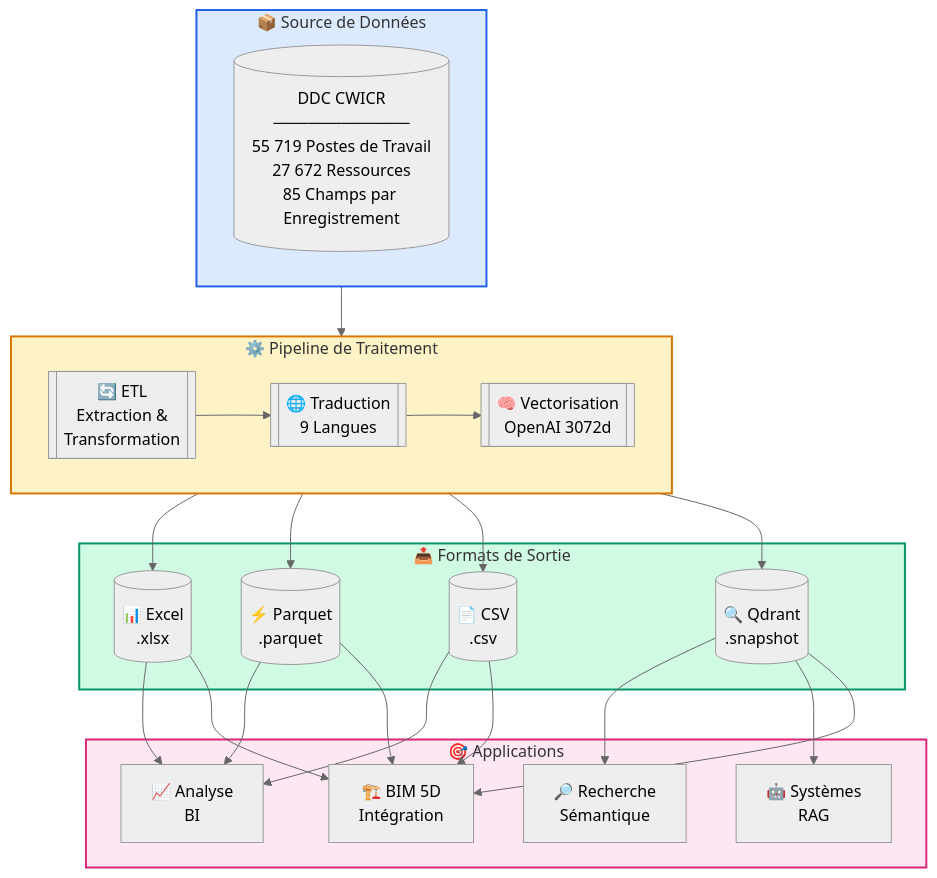
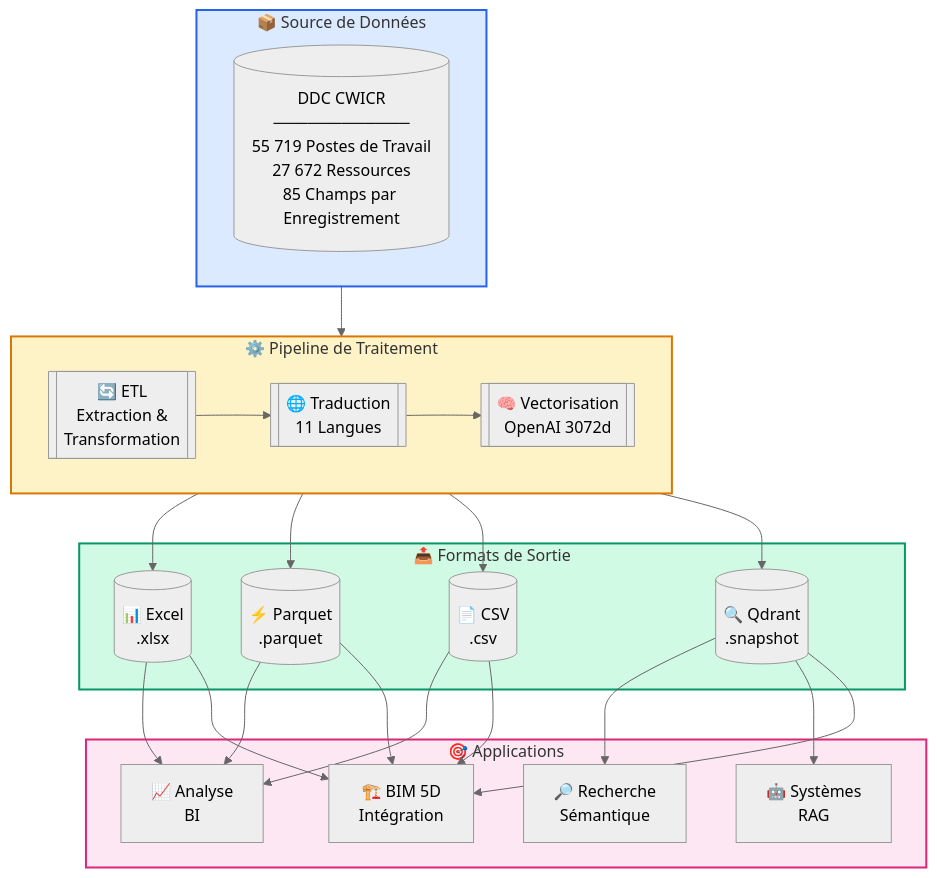
The second of 6 diagrams in README.fr.md (ehtick/OpenConstructionEstimate-DDC-CWICR), drawn with Mermaid (neutral theme) before and after one commit. The commit also changed other lines of this file and 81 other files, not shown here.

````diff
--- a/README.fr.md
+++ b/README.fr.md
@@ -580,38 +580,38 @@
 ```mermaid
 flowchart TB
     subgraph Source["📦 Source de Données"]
         CWICR[(DDC CWICR<br/>────────────<br/>55 719 Postes de Travail<br/>27 672 Ressources<br/>85 Champs par Enregistrement)]
     end
 
     subgraph Processing["⚙️ Pipeline de Traitement"]
         direction LR
         ETL[["🔄 ETL<br/>Extraction &<br/>Transformation"]]
-        TRANS[["🌐 Traduction<br/>9 Langues"]]
+        TRANS[["🌐 Traduction<br/>11 Langues"]]
         EMBED[["🧠 Vectorisation<br/>OpenAI 3072d"]]
         ETL --> TRANS --> EMBED
     end
 
     subgraph Outputs["📤 Formats de Sortie"]
         XLSX[("📊 Excel<br/>.xlsx")]
         PARQUET[("⚡ Parquet<br/>.parquet")]
         CSV[("📄 CSV<br/>.csv")]
         QDRANT[("🔍 Qdrant<br/>.snapshot")]
     end
 
     subgraph Apps["🎯 Applications"]
         SEARCH["🔎 Recherche<br/>Sémantique"]
         BIM["🏗️ BIM 5D<br/>Intégration"]
         RAG["🤖 Systèmes<br/>RAG"]
         BI["📈 Analyse<br/>BI"]
     end
 
     Source --> Processing
     Processing --> XLSX & PARQUET & CSV & QDRANT
     XLSX & PARQUET & CSV --> BI & BIM
     QDRANT --> SEARCH & RAG & BIM
 
     style Source fill:#dbeafe,stroke:#2563eb,stroke-width:2px
     style Processing fill:#fef3c7,stroke:#d97706,stroke-width:2px
     style Outputs fill:#d1fae5,stroke:#059669,stroke-width:2px
     style Apps fill:#fce7f3,stroke:#db2777,stroke-width:2px
 ```
````
